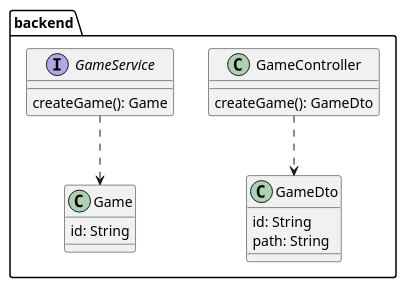
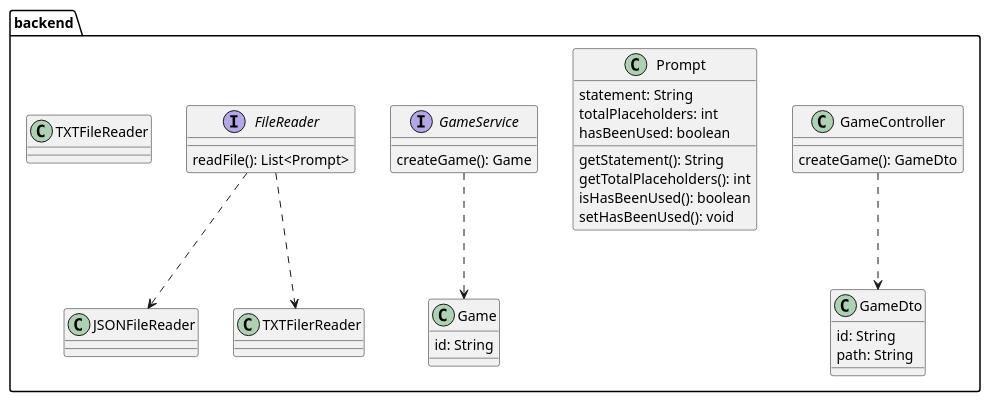
Before and after one commit to patrickwinti/worldwidewalter: the diagram in docs/diagrams/class_diagramm.plantuml, drawn with PlantUML.

Commit message:
[WWW-28] Completing class diagramm

```diff
--- a/docs/diagrams/class_diagramm.plantuml
+++ b/docs/diagrams/class_diagramm.plantuml
@@ -1,21 +1,44 @@
 @startuml
 package backend{
     class GameController{
       createGame(): GameDto
     }
     class GameDto{
         id: String
         path: String
     }
     class Game{
         id: String
     }
+    class Prompt{
+        statement: String
+        totalPlaceholders: int
+        hasBeenUsed: boolean
+        getStatement(): String
+        getTotalPlaceholders(): int
+        isHasBeenUsed(): boolean
+        setHasBeenUsed(): void
+    }
+
     interface GameService{
         createGame(): Game
+    }
+
+    interface FileReader{
+        readFile(): List<Prompt>
+    }
+
+    class JSONFileReader{
+    }
+    class TXTFileReader{
     }
 
 
     GameController ..> GameDto
     GameService ..> Game
+
+    FileReader ..> JSONFileReader
+    FileReader ..> TXTFilerReader
+
 }
 @enduml
```
